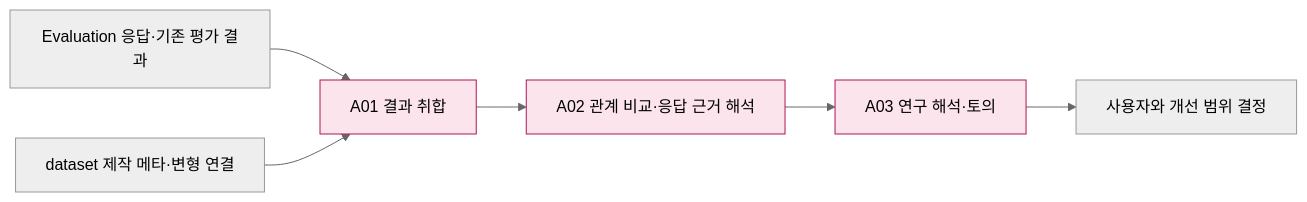
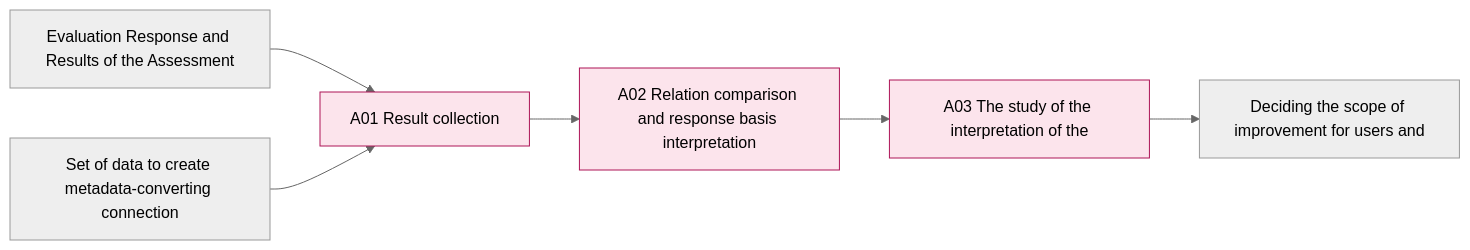
Before and after one commit to pnu-clink/finject: the first of 3 diagrams in src/finarch/documentation/templates/stages/02-experiments/02_analysis/README.md, drawn with Mermaid (neutral theme). The commit also changed other lines of this file and 644 other files, not shown here.

````diff
--- a/src/finarch/documentation/templates/stages/02-experiments/02_analysis/README.md
+++ b/src/finarch/documentation/templates/stages/02-experiments/02_analysis/README.md
@@ -43,12 +43,12 @@
 ```mermaid
 flowchart LR
- E["Evaluation 응답·기존 평가 결과"] --> A["A01 결과 취합"]
- A --> B["A02 관계 비교·응답 근거 해석"] --> C["A03 연구 해석·토의"]
- D["dataset 제작 메타·변형 연결"] --> A
- C --> U["사용자와 개선 범위 결정"]
+ E["Evaluation Response and Results of the Assessment"] --> A["A01 Result collection"]
+ A --> B["A02 Relation comparison and response basis interpretation"] --> C["A03 The study of the interpretation of the"]
+ D["Set of data to create metadata-converting connection"] --> A
+ C --> U["Deciding the scope of improvement for users and"]
  classDef detail fill:#fce4ec,stroke:#ad1457;
  class A,B,C detail;
- click A "01_results/README.md" "A01 상세"
- click B "02_comparison/README.md" "A02 상세"
- click C "03_research/README.md" "A03 상세"
+ click A "01_results/README.md" "A01 Details"
+ click B "02_comparison/README.md" "A02 Details"
+ click C "03_research/README.md" "A03 Details"
 ```
````
